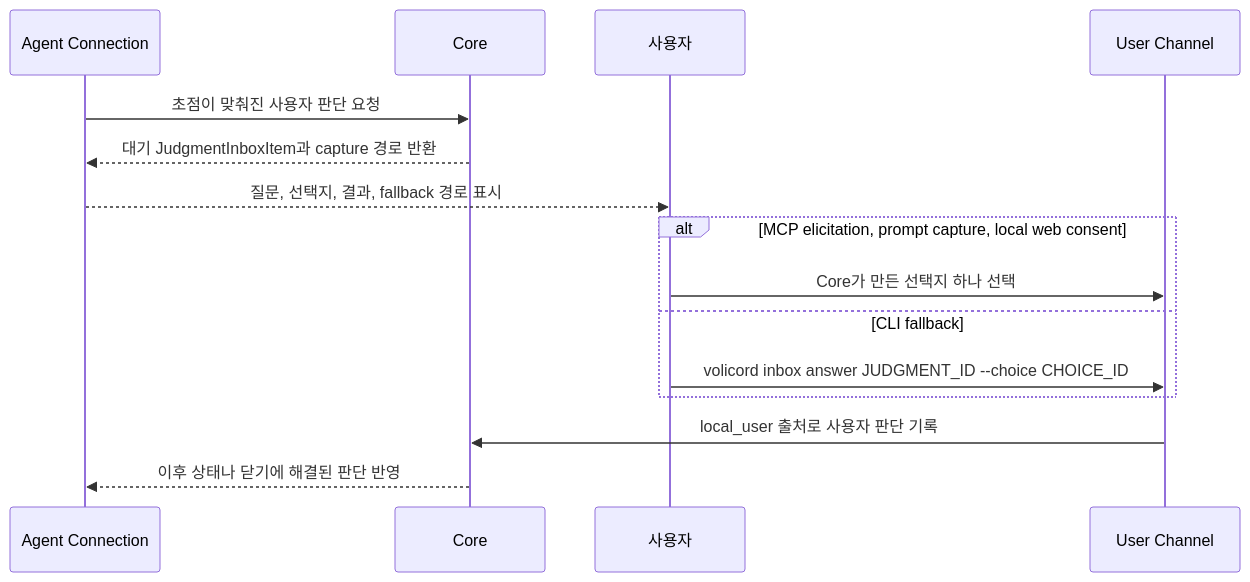
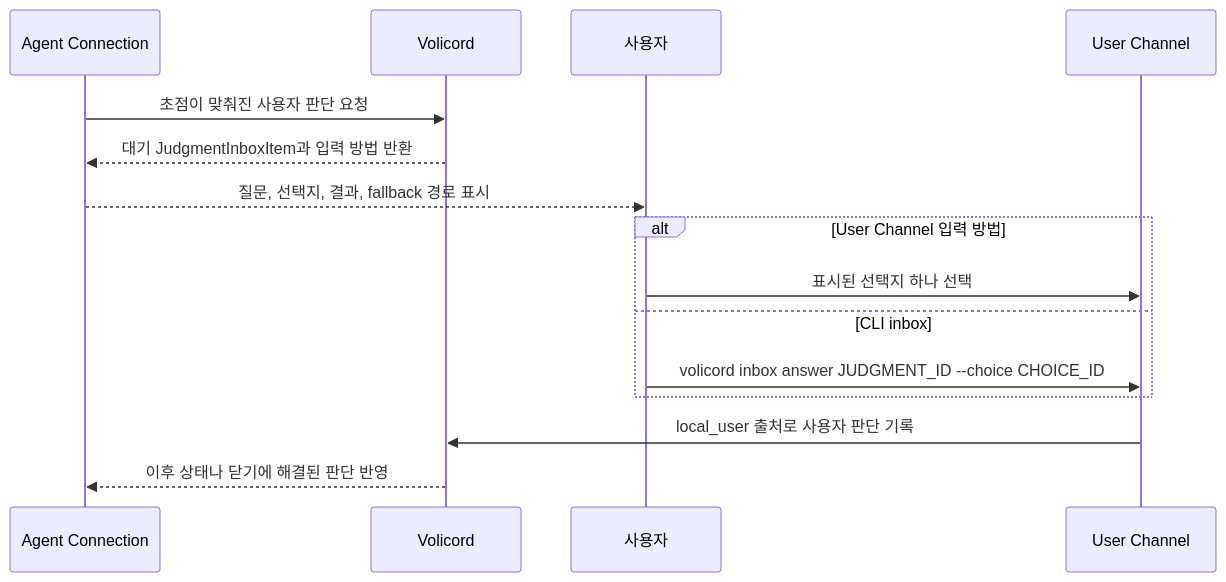
The second of 3 diagrams in docs/ko/guides/user-workflow.md (minjungw00/Volicord), drawn with Mermaid before and after one commit. The commit also changed other lines of this file and 65 other files, not shown here.

````diff
--- a/docs/ko/guides/user-workflow.md
+++ b/docs/ko/guides/user-workflow.md
@@ -164,18 +163,18 @@
 ```mermaid
 sequenceDiagram
   participant Agent as Agent Connection
-  participant Core as Core
+  participant Volicord as Volicord
   participant User as 사용자
   participant Channel as User Channel
 
-  Agent->>Core: 초점이 맞춰진 사용자 판단 요청
-  Core-->>Agent: 대기 JudgmentInboxItem과 capture 경로 반환
+  Agent->>Volicord: 초점이 맞춰진 사용자 판단 요청
+  Volicord-->>Agent: 대기 JudgmentInboxItem과 입력 방법 반환
   Agent-->>User: 질문, 선택지, 결과, fallback 경로 표시
-  alt MCP elicitation, prompt capture, local web consent
-    User->>Channel: Core가 만든 선택지 하나 선택
-  else CLI fallback
+  alt User Channel 입력 방법
+    User->>Channel: 표시된 선택지 하나 선택
+  else CLI inbox
     User->>Channel: volicord inbox answer JUDGMENT_ID --choice CHOICE_ID
   end
-  Channel->>Core: local_user 출처로 사용자 판단 기록
-  Core-->>Agent: 이후 상태나 닫기에 해결된 판단 반영
+  Channel->>Volicord: local_user 출처로 사용자 판단 기록
+  Volicord-->>Agent: 이후 상태나 닫기에 해결된 판단 반영
 ```
````
